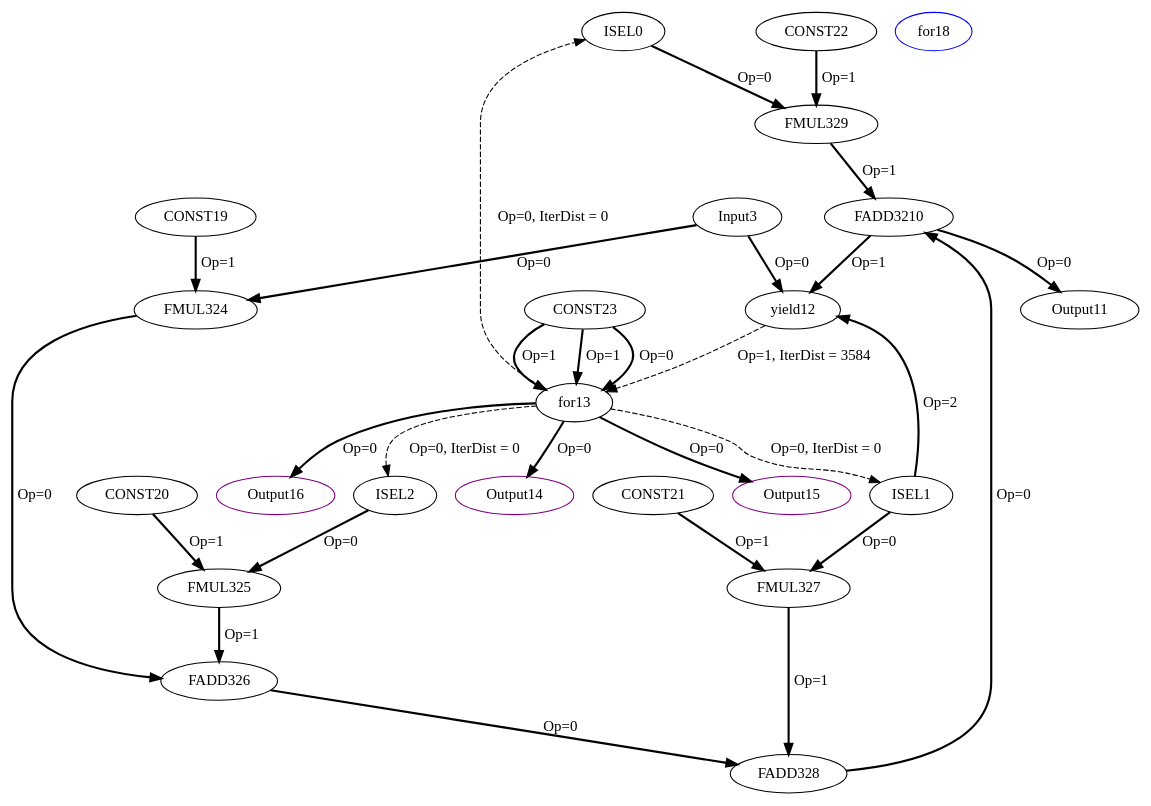
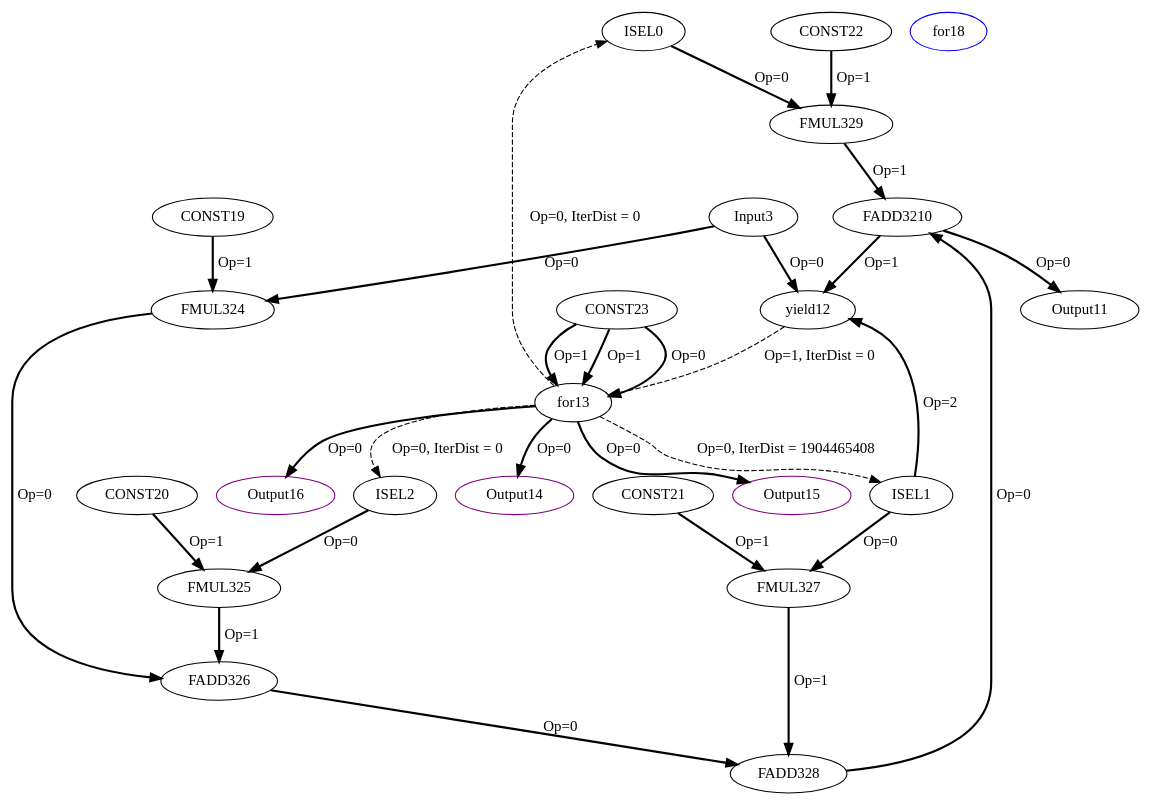
The diagram in experiment/Cbenchmarks/Polybench/medley/deriche/deriche_mini/IR/tempfiles/kernel_deriche_0_1_CDFG.dot (MIONkb/adora-compiler), drawn with Graphviz before and after one commit. The commit also changed 29 other files, not shown here.

```diff
--- a/experiment/Cbenchmarks/Polybench/medley/deriche/deriche_mini/IR/tempfiles/kernel_deriche_0_1_CDFG.dot
+++ b/experiment/Cbenchmarks/Polybench/medley/deriche/deriche_mini/IR/tempfiles/kernel_deriche_0_1_CDFG.dot
@@ -1,53 +1,53 @@
 Digraph G {
 ISEL0[opcode = "ISEL", color = black];
 ISEL1[opcode = "ISEL", color = black];
 ISEL2[opcode = "ISEL", color = black];
 Input3[opcode = "Input", ref_name="kernel_deriche_0_0", size="8192", offset="0,0", pattern="4,64,4,32", color = black];
 FMUL324[opcode = "FMUL32", color = black];
 FMUL325[opcode = "FMUL32", color = black];
 FADD326[opcode = "FADD32", color = black];
 FMUL327[opcode = "FMUL32", color = black];
 FADD328[opcode = "FADD32", color = black];
 FMUL329[opcode = "FMUL32", color = black];
 FADD3210[opcode = "FADD32", color = black];
 Output11[opcode = "Output", ref_name="kernel_deriche_0_1", size="8192", offset="0,0", pattern="4,64,4,32", color = black];
 yield12[opcode = "yield", color = black];
 for13[opcode = "for", color = black];
 Output14[opcode = "Output", ref_name="kernel_deriche_0_3", size="8", offset="0,0", pattern="0,64,0,32", color = purple];
 Output15[opcode = "Output", ref_name="kernel_deriche_0_4", size="8", offset="0,0", pattern="0,64,0,32", color = purple];
 Output16[opcode = "Output", ref_name="kernel_deriche_0_2", size="8", offset="0,0", pattern="0,64,0,32", color = purple];
 for18[opcode = "for", color = blue];
 CONST19[opcode = "CONST", value="0xBE4135C4", color = black];
 CONST20[opcode = "CONST", value="0x3DE1B54C", color = black];
 CONST21[opcode = "CONST", value="0x3F5744FD", color = black];
 CONST22[opcode = "CONST", value="0xBF1B4598", color = black];
 CONST23[opcode = "CONST", value="0x00000000", color = black];
 for13 -> ISEL0[color = black, style = dashed, operand = 0, iterdist = 0, label = "Op=0, IterDist = 0"];
-for13 -> ISEL1[color = black, style = dashed, operand = 0, iterdist = 0, label = "Op=0, IterDist = 0"];
+for13 -> ISEL1[color = black, style = dashed, operand = 0, iterdist = 1904465408, label = "Op=0, IterDist = 1904465408"];
 for13 -> ISEL2[color = black, style = dashed, operand = 0, iterdist = 0, label = "Op=0, IterDist = 0"];
 Input3 -> FMUL324[color = black, style = bold, operand = 0, label = "Op=0"];
 CONST19 -> FMUL324[color = black, style = bold, operand = 1, label = "Op=1"];
 ISEL2 -> FMUL325[color = black, style = bold, operand = 0, label = "Op=0"];
 CONST20 -> FMUL325[color = black, style = bold, operand = 1, label = "Op=1"];
 FMUL324 -> FADD326[color = black, style = bold, operand = 0, label = "Op=0"];
 FMUL325 -> FADD326[color = black, style = bold, operand = 1, label = "Op=1"];
 ISEL1 -> FMUL327[color = black, style = bold, operand = 0, label = "Op=0"];
 CONST21 -> FMUL327[color = black, style = bold, operand = 1, label = "Op=1"];
 FADD326 -> FADD328[color = black, style = bold, operand = 0, label = "Op=0"];
 FMUL327 -> FADD328[color = black, style = bold, operand = 1, label = "Op=1"];
 ISEL0 -> FMUL329[color = black, style = bold, operand = 0, label = "Op=0"];
 CONST22 -> FMUL329[color = black, style = bold, operand = 1, label = "Op=1"];
 FADD328 -> FADD3210[color = black, style = bold, operand = 0, label = "Op=0"];
 FMUL329 -> FADD3210[color = black, style = bold, operand = 1, label = "Op=1"];
 FADD3210 -> Output11[color = black, style = bold, operand = 0, label = "Op=0"];
 Input3 -> yield12[color = black, style = bold, operand = 0, label = "Op=0"];
 FADD3210 -> yield12[color = black, style = bold, operand = 1, label = "Op=1"];
 ISEL1 -> yield12[color = black, style = bold, operand = 2, label = "Op=2"];
 CONST23 -> for13[color = black, style = bold, operand = 0, label = "Op=0"];
 CONST23 -> for13[color = black, style = bold, operand = 1, label = "Op=1"];
 CONST23 -> for13[color = black, style = bold, operand = 1, label = "Op=1"];
 for13 -> Output14[color = black, style = bold, operand = 0, label = "Op=0"];
 for13 -> Output15[color = black, style = bold, operand = 0, label = "Op=0"];
 for13 -> Output16[color = black, style = bold, operand = 0, label = "Op=0"];
-yield12 -> for13[color = black, style = dashed, operand = 1, iterdist = 3584, label = "Op=1, IterDist = 3584"];
+yield12 -> for13[color = black, style = dashed, operand = 1, iterdist = 0, label = "Op=1, IterDist = 0"];
 }
```
